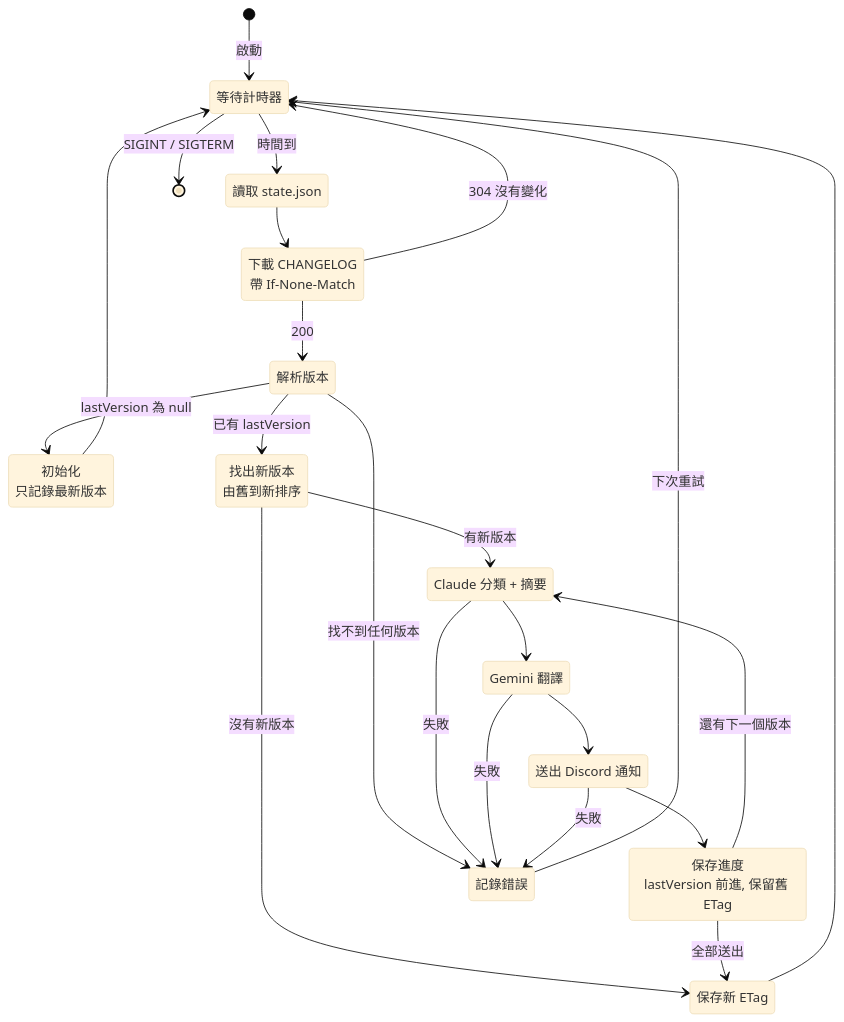
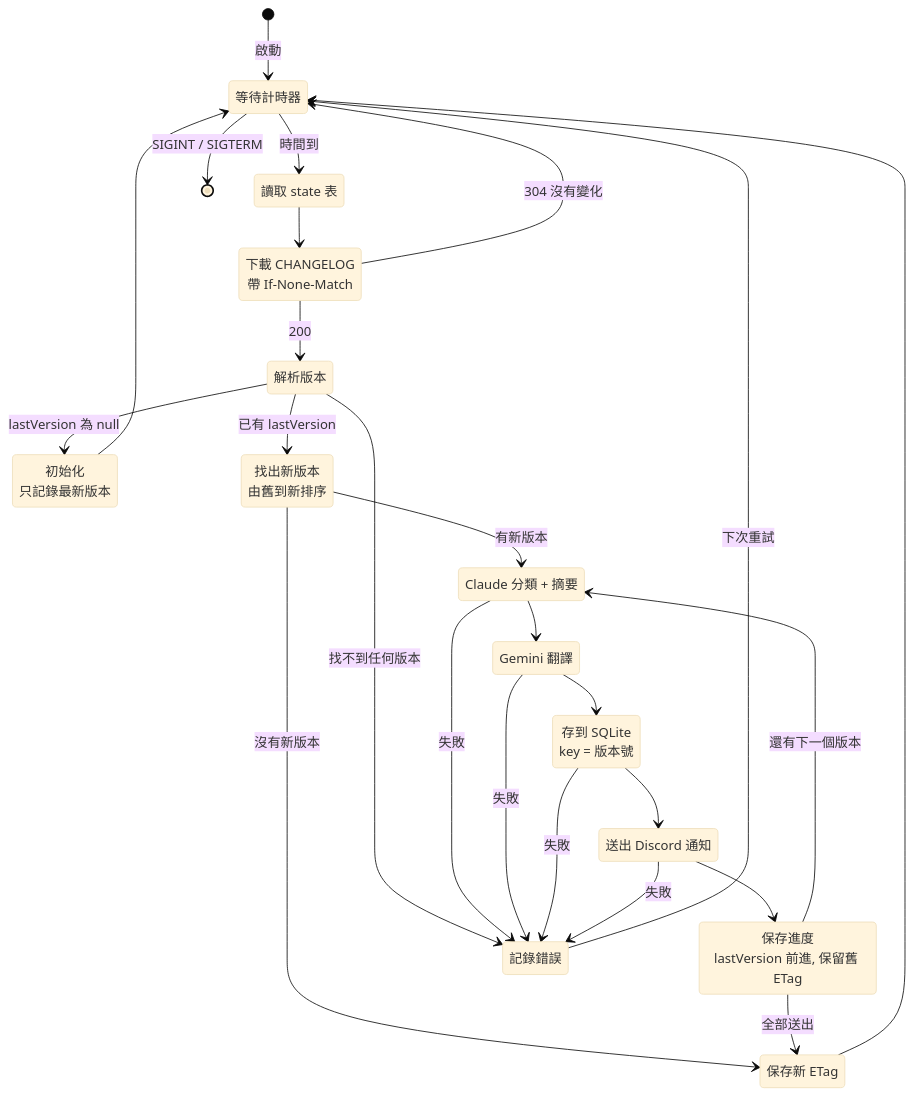
One commit to seanmars/cc-changelog-tracker changed the diagram in docs/src/state-flow.mmd. Above: the diagram before and after it, drawn with Mermaid (base theme). The commit also changed 3 other files, not shown here.

```diff
--- a/docs/src/state-flow.mmd
+++ b/docs/src/state-flow.mmd
@@ -1,36 +1,39 @@
 stateDiagram-v2
   state "等待計時器" as Idle
-  state "讀取 state.json" as Load
+  state "讀取 state 表" as Load
   state "下載 CHANGELOG<br/>帶 If-None-Match" as Fetch
   state "解析版本" as Parse
   state "初始化<br/>只記錄最新版本" as Init
   state "找出新版本<br/>由舊到新排序" as Diff
   state "Claude 分類 + 摘要" as Classify
   state "Gemini 翻譯" as Translate
+  state "存到 SQLite<br/>key = 版本號" as Store
   state "送出 Discord 通知" as Notify
   state "保存進度<br/>lastVersion 前進, 保留舊 ETag" as SaveProgress
   state "保存新 ETag" as SaveEtag
   state "記錄錯誤" as Failed
 
   [*] --> Idle : 啟動
   Idle --> Load : 時間到
   Load --> Fetch
   Fetch --> Idle : 304 沒有變化
   Fetch --> Parse : 200
   Parse --> Failed : 找不到任何版本
   Parse --> Init : lastVersion 為 null
   Init --> Idle
   Parse --> Diff : 已有 lastVersion
   Diff --> SaveEtag : 沒有新版本
   Diff --> Classify : 有新版本
   Classify --> Translate
-  Translate --> Notify
+  Translate --> Store
+  Store --> Notify
   Notify --> SaveProgress
   SaveProgress --> Classify : 還有下一個版本
   SaveProgress --> SaveEtag : 全部送出
   SaveEtag --> Idle
   Classify --> Failed : 失敗
   Translate --> Failed : 失敗
+  Store --> Failed : 失敗
   Notify --> Failed : 失敗
   Failed --> Idle : 下次重試
   Idle --> [*] : SIGINT / SIGTERM
```
